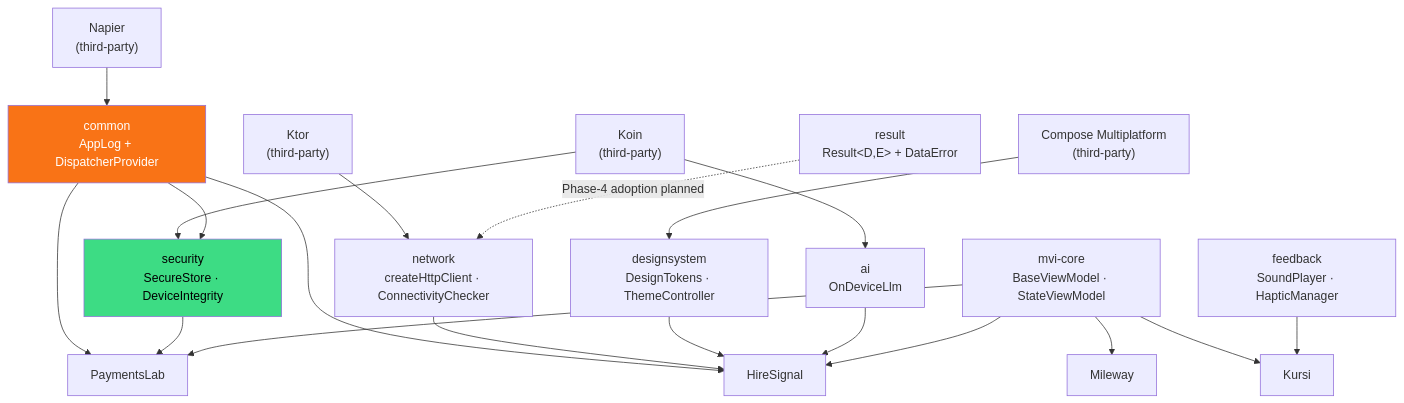
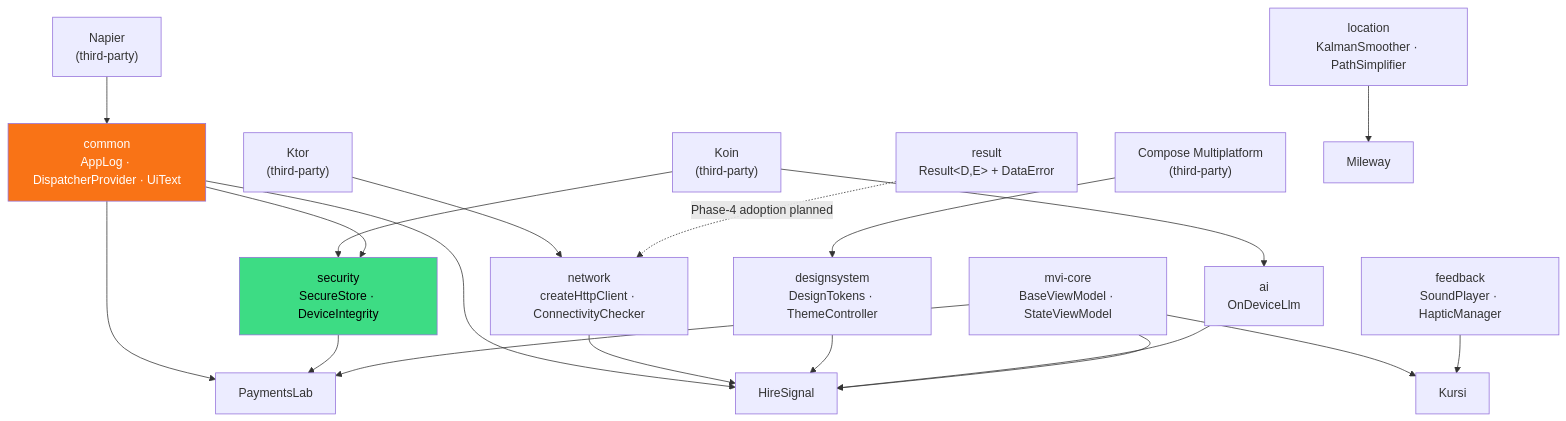
Before and after one commit to darkpandawarrior/kmp-toolkit: the first of 2 diagrams in README.md, drawn with Mermaid. The commit also changed other lines of this file, not shown here.

Commit message:
docs: add :location to README install/TOC/diagram + common UiText note

````diff
--- a/README.md
+++ b/README.md
@@ -83,43 +84,44 @@
 ```mermaid
 graph TD
     NAPIER["Napier<br/>(third-party)"]
     KTOR["Ktor<br/>(third-party)"]
     KOIN["Koin<br/>(third-party)"]
     CMP["Compose Multiplatform<br/>(third-party)"]
 
     RESULT["result<br/>Result&lt;D,E&gt; + DataError"]
-    COMMON["common<br/>AppLog + DispatcherProvider"]
+    COMMON["common<br/>AppLog · DispatcherProvider · UiText"]
     MVI["mvi-core<br/>BaseViewModel · StateViewModel"]
     NETWORK["network<br/>createHttpClient · ConnectivityChecker"]
     SECURITY["security<br/>SecureStore · DeviceIntegrity"]
     DESIGNSYSTEM["designsystem<br/>DesignTokens · ThemeController"]
     AI["ai<br/>OnDeviceLlm"]
     FEEDBACK["feedback<br/>SoundPlayer · HapticManager"]
+    LOCATION["location<br/>KalmanSmoother · PathSimplifier"]
 
     NAPIER --> COMMON
     KTOR --> NETWORK
     KOIN --> AI
     KOIN --> SECURITY
     CMP --> DESIGNSYSTEM
 
     COMMON --> SECURITY
     RESULT -.->|"Phase-4 adoption planned"| NETWORK
 
     COMMON --> HIRESIGNAL["HireSignal"]
     NETWORK --> HIRESIGNAL
     DESIGNSYSTEM --> HIRESIGNAL
     AI --> HIRESIGNAL
     MVI --> HIRESIGNAL
 
     COMMON --> PAYMENTSLAB["PaymentsLab"]
     SECURITY --> PAYMENTSLAB
     MVI --> PAYMENTSLAB
 
-    MVI --> MILEWAY["Mileway"]
+    LOCATION --> MILEWAY["Mileway"]
 
     MVI --> KURSI["Kursi"]
     FEEDBACK --> KURSI
 
     style SECURITY fill:#3DDC84,color:#000
     style COMMON fill:#F97316,color:#fff
 ```
````
